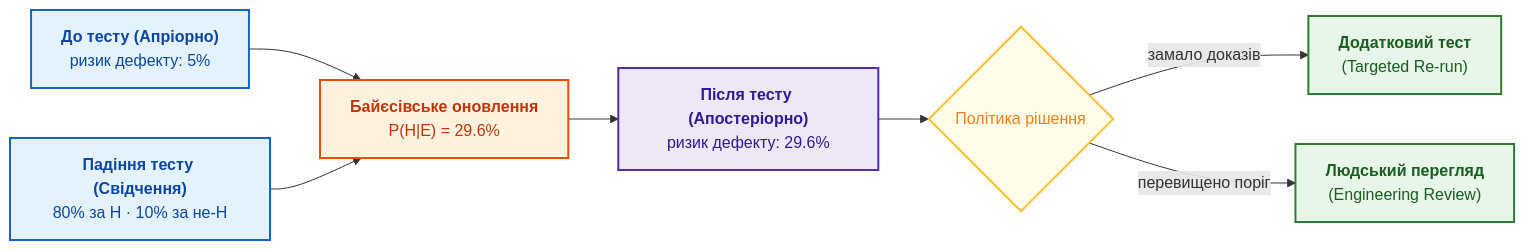
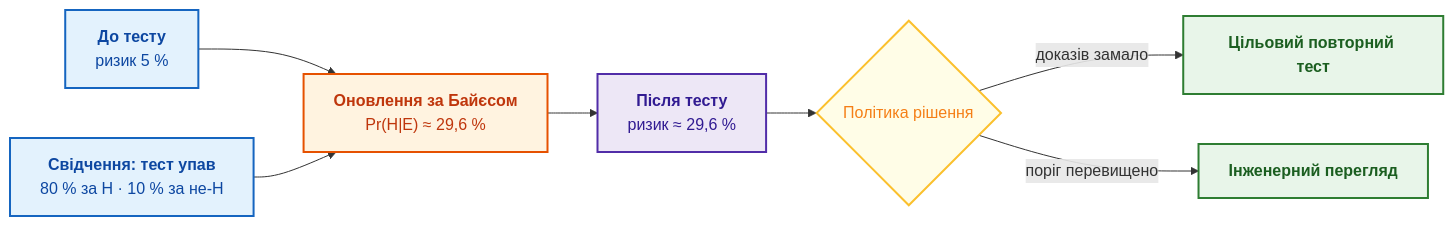
The third of 4 diagrams in ExpertSystem/ch04-evolution-from-bayes-to-evidence-ai.md (nick-fedchik/articles), drawn with Mermaid before and after one commit. The commit also changed other lines of this file, not shown here.

````diff
--- a/ExpertSystem/ch04-evolution-from-bayes-to-evidence-ai.md
+++ b/ExpertSystem/ch04-evolution-from-bayes-to-evidence-ai.md
@@ -568,24 +332,24 @@
 ```mermaid
 flowchart LR
-    accTitle: Байєсівське оновлення ризику релізу
-    accDescr: Апріорна оцінка разом із правдоподібністю нового спостереження утворює апостеріорну оцінку, після чого політика визначає наступну перевірку, а не автоматичний вирок.
+    accTitle: Байєсівське оновлення ризику випуску
+    accDescr: Початкова оцінка ризику разом із правдоподібністю свідчення дає оновлену оцінку. Далі політика рішення визначає наступну перевірку, а не автоматичний вирок.
 
-    PRIOR["<b>До тесту (Апріорно)</b><br/>ризик дефекту: 5%"] --> UPDATE["<b>Байєсівське оновлення</b><br/>P(H|E) = 29.6%"]
-    LIKE["<b>Падіння тесту (Свідчення)</b><br/>80% за H · 10% за не-H"] --> UPDATE
-    UPDATE --> POST["<b>Після тесту (Апостеріорно)</b><br/>ризик дефекту: 29.6%"]
-    POST --> POLICY{"Політика рішення"}
-    POLICY -->|"замало доказів"| TEST["<b>Додатковий тест</b><br/>(Targeted Re-run)"]
-    POLICY -->|"перевищено поріг"| REVIEW["<b>Людський перегляд</b><br/>(Engineering Review)"]
+    PRIOR["<b>До тесту</b><br/>ризик 5 %"] --> UPD["<b>Оновлення за Байєсом</b><br/>Pr(H|E) ≈ 29,6 %"]
+    LIKE["<b>Свідчення: тест упав</b><br/>80 % за H · 10 % за не-H"] --> UPD
+    UPD --> POST["<b>Після тесту</b><br/>ризик ≈ 29,6 %"]
+    POST --> POL{"Політика рішення"}
+    POL -->|"доказів замало"| TEST["<b>Цільовий повторний тест</b>"]
+    POL -->|"поріг перевищено"| REV["<b>Інженерний перегляд</b>"]
 
     classDef prior fill:#e3f2fd,stroke:#1565c0,stroke-width:2px,color:#0d47a1;
     classDef update fill:#fff3e0,stroke:#e65100,stroke-width:2px,color:#bf360c;
     classDef post fill:#ede7f6,stroke:#512da8,stroke-width:2px,color:#311b92;
     classDef branch fill:#fffde7,stroke:#fbc02d,stroke-width:2px,color:#f57f17;
     classDef act fill:#e8f5e9,stroke:#2e7d32,stroke-width:2px,color:#1b5e20;
 
     class PRIOR,LIKE prior;
-    class UPDATE update;
+    class UPD update;
     class POST post;
-    class POLICY branch;
-    class TEST,REVIEW act;
+    class POL branch;
+    class TEST,REV act;
 ```
````
